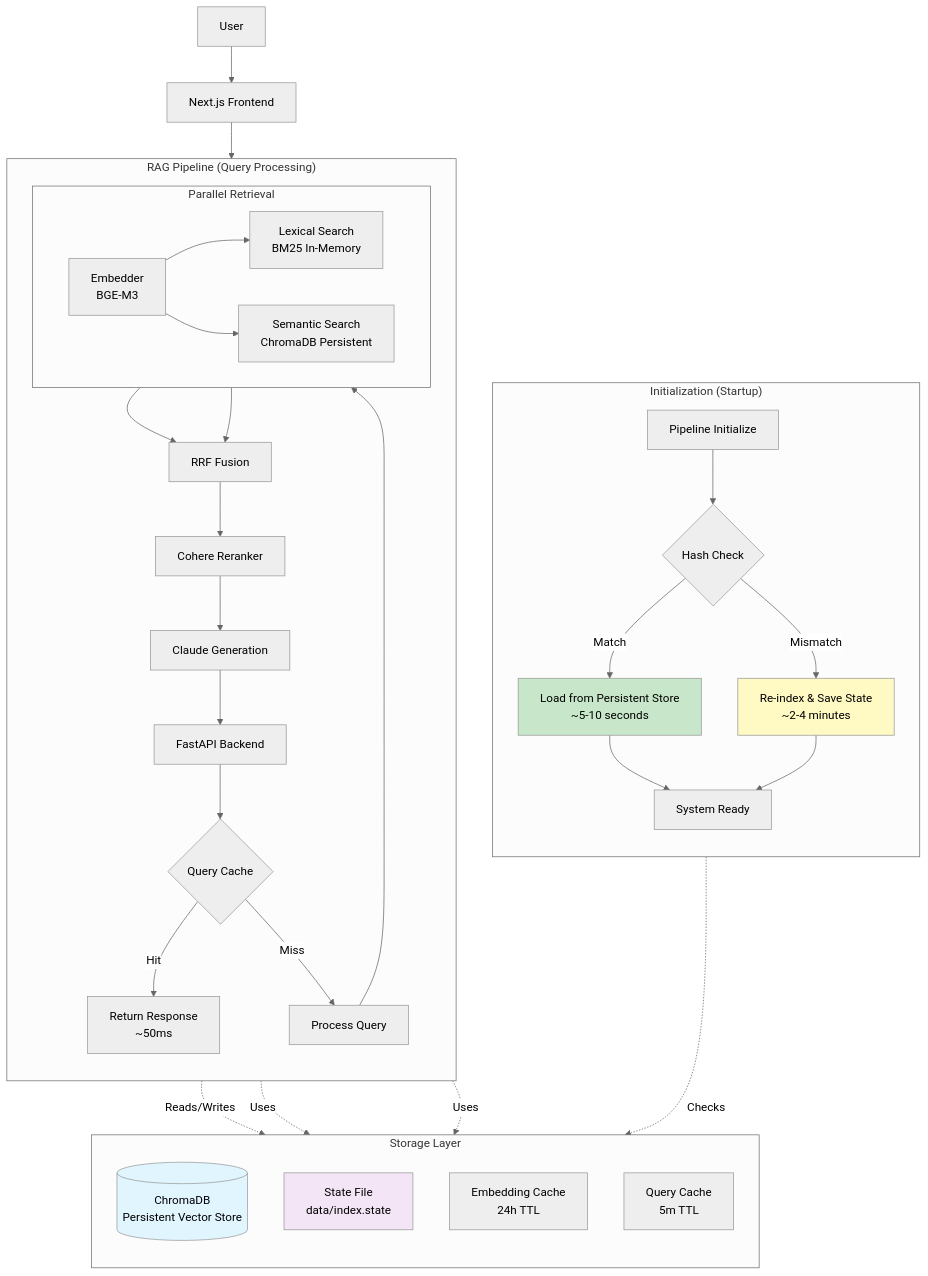
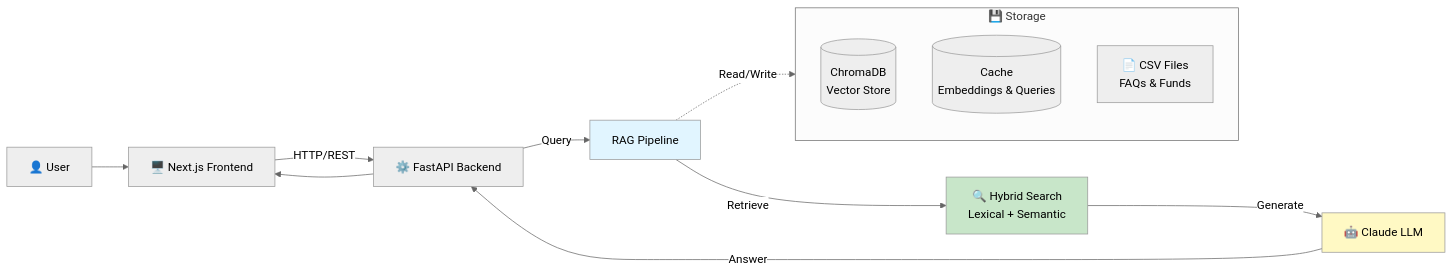
One commit to iexcalibur/qonfido_rag changed the diagram in README.md. Above: the diagram before and after it, drawn with Mermaid (neutral theme). The commit also changed other lines of this file, not shown here.

````diff
--- a/README.md
+++ b/README.md
@@ -40,52 +31,24 @@
 ```mermaid
-flowchart TB
-    User[User] --> Frontend[Next.js Frontend]
-    Frontend --> API[FastAPI Backend]
+flowchart LR
+    User[👤 User] --> Frontend[🖥️ Next.js Frontend]
+    Frontend -->|HTTP/REST| API[⚙️ FastAPI Backend]
     
-    subgraph "Initialization (Startup)"
-        direction TB
-        Init[Pipeline Initialize] --> HashCheck{Hash Check}
-        HashCheck -->|Match| LoadPersist[Load from Persistent Store<br/>~5-10 seconds]
-        HashCheck -->|Mismatch| ReIndex[Re-index & Save State<br/>~2-4 minutes]
-        LoadPersist --> Ready[System Ready]
-        ReIndex --> Ready
+    API -->|Query| RAG[RAG Pipeline]
+    
+    RAG -->|Retrieve| Search[🔍 Hybrid Search<br/>Lexical + Semantic]
+    Search -->|Generate| LLM[🤖 Claude LLM]
+    LLM -->|Answer| API
+    API --> Frontend
+    
+    subgraph Storage[💾 Storage]
+        Vector[(ChromaDB<br/>Vector Store)]
+        Cache[(Cache<br/>Embeddings & Queries)]
+        CSV[📄 CSV Files<br/>FAQs & Funds]
     end
     
-    subgraph "RAG Pipeline (Query Processing)"
-        direction TB
-        API --> Cache{Query Cache}
-        Cache -->|Hit| Return[Return Response<br/>~50ms]
-        Cache -->|Miss| Pipeline[Process Query]
-        
-        Pipeline --> Embed[Embedder<br/>BGE-M3]
-        
-        subgraph "Parallel Retrieval"
-            direction LR
-            Embed --> Lexical[Lexical Search<br/>BM25 In-Memory]
-            Embed --> Semantic[Semantic Search<br/>ChromaDB Persistent]
-        end
-        
-        Lexical & Semantic --> RRF[RRF Fusion]
-        RRF --> Rerank[Cohere Reranker]
-        Rerank --> LLM[Claude Generation]
-        LLM --> API
-    end
+    RAG -.->|Read/Write| Storage
     
-    subgraph "Storage Layer"
-        direction TB
-        PersistDB[(ChromaDB<br/>Persistent Vector Store)]
-        StateFile[State File<br/>data/index.state]
-        EmbedCache[Embedding Cache<br/>24h TTL]
-        QueryCache[Query Cache<br/>5m TTL]
-    end
-    
-    Semantic -.->|Reads/Writes| PersistDB
-    HashCheck -.->|Checks| StateFile
-    Embed -.->|Uses| EmbedCache
-    Cache -.->|Uses| QueryCache
-    
-    style LoadPersist fill:#c8e6c9
-    style ReIndex fill:#fff9c4
-    style PersistDB fill:#e1f5ff
-    style StateFile fill:#f3e5f5
+    style RAG fill:#e1f5ff
+    style Search fill:#c8e6c9
+    style LLM fill:#fff9c4
 ```
````
